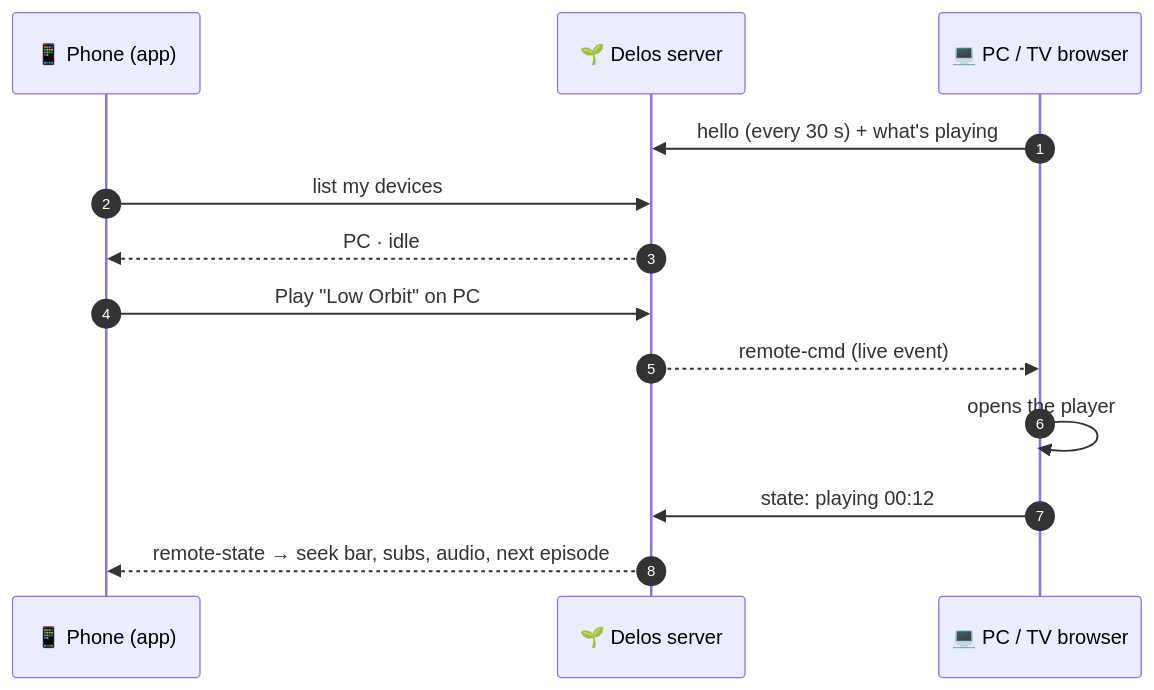
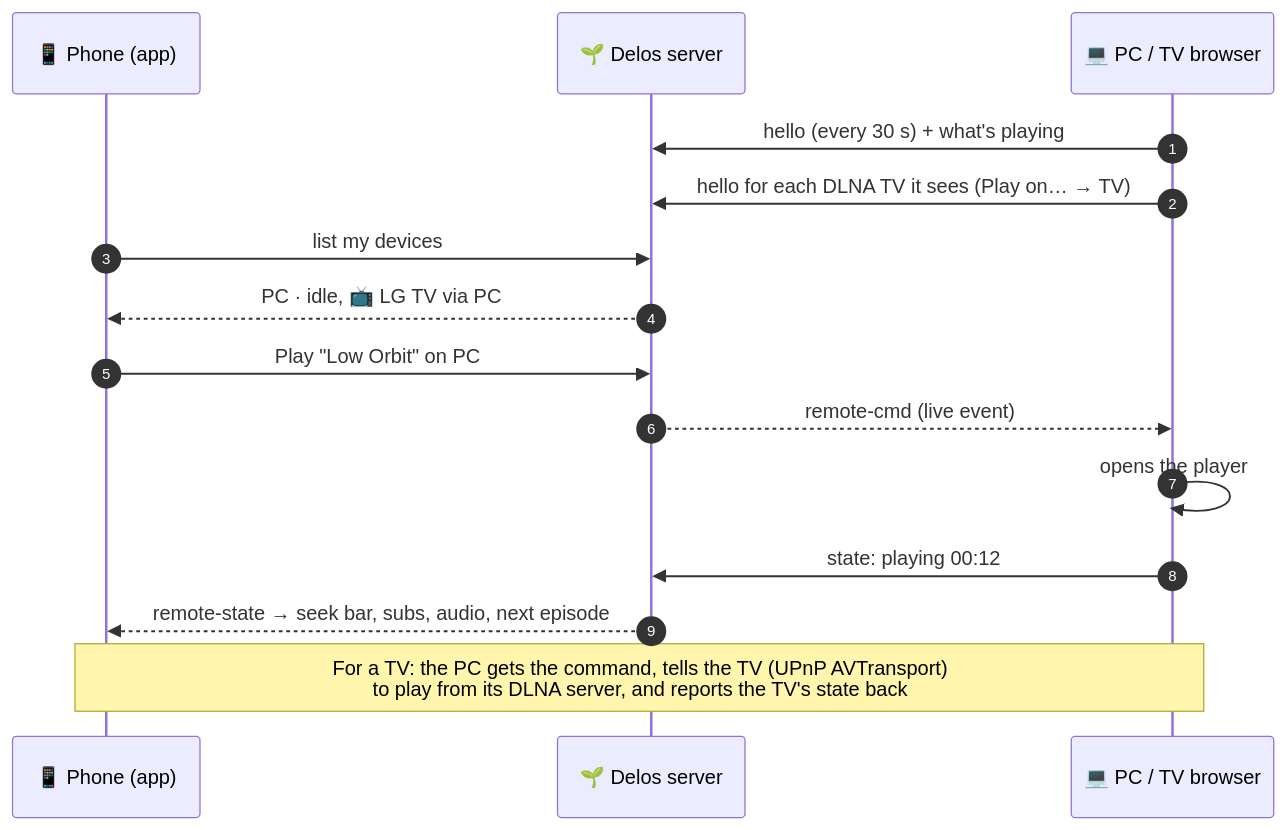
Before and after one commit to un4ckn0wl3z/delos: the fourth of 6 diagrams in README.md, drawn with Mermaid. The commit also changed other lines of this file and 11 other files, not shown here.

First line of the commit message:
Play on… DLNA TVs: the desktop app's DLNA server puts the TVs on the phone's device list

````diff
--- a/README.md
+++ b/README.md
@@ -139,15 +139,17 @@
 ```mermaid
 sequenceDiagram
   autonumber
   participant Phone as 📱 Phone (app)
   participant Server as 🌱 Delos server
   participant PC as 💻 PC / TV browser
   PC->>Server: hello (every 30 s) + what's playing
+  PC->>Server: hello for each DLNA TV it sees (Play on… → TV)
   Phone->>Server: list my devices
-  Server-->>Phone: PC · idle
+  Server-->>Phone: PC · idle, 📺 LG TV via PC
   Phone->>Server: Play "Low Orbit" on PC
   Server-->>PC: remote-cmd (live event)
   PC->>PC: opens the player
   PC->>Server: state: playing 00:12
   Server-->>Phone: remote-state → seek bar, subs, audio, next episode
+  Note over Phone,PC: For a TV: the PC gets the command, tells the TV (UPnP AVTransport)<br/>to play from its DLNA server, and reports the TV's state back
 ```
````
